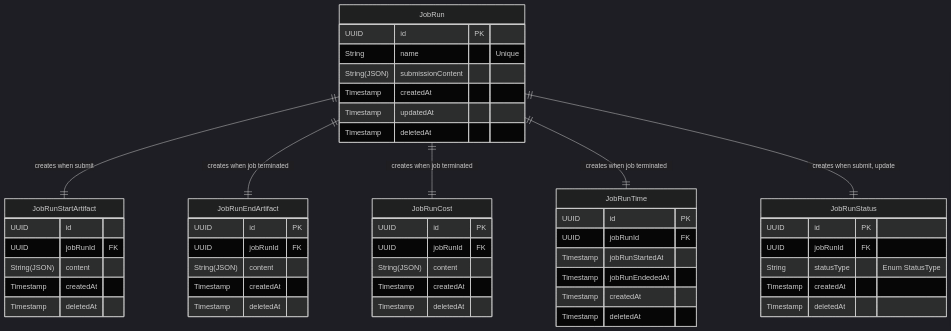
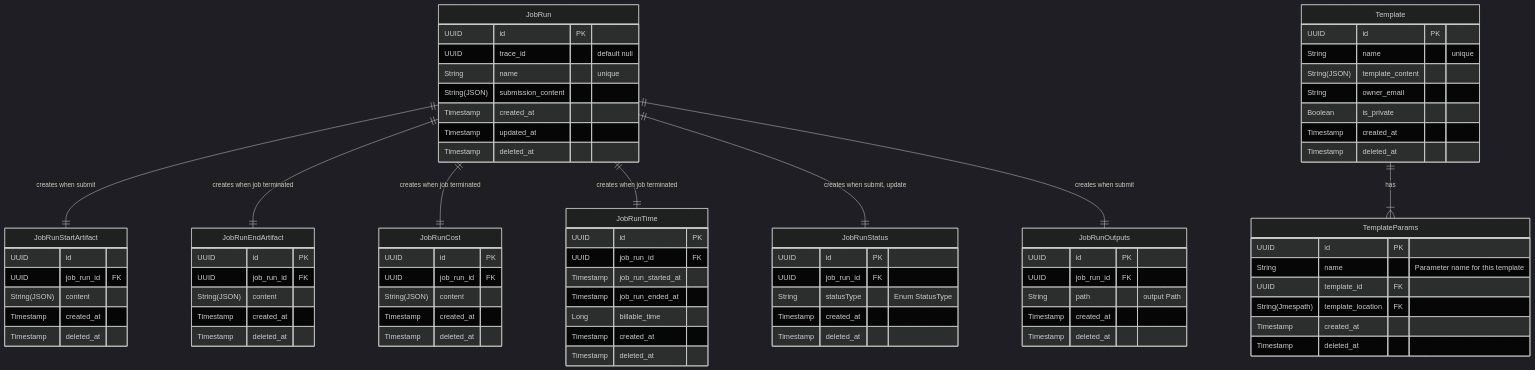
The diagram in Ideaboard/WhoopDS-v3 ERD.md (orriduck/limbo), drawn with Mermaid (dark theme) before and after one commit.

Commit message:
vault backup: 2024-05-14 21:08:54

````diff
--- a/Ideaboard/WhoopDS-v3 ERD.md
+++ b/Ideaboard/WhoopDS-v3 ERD.md
@@ -2,52 +2,82 @@
 erDiagram
 JobRun {
 	UUID id PK
-	String name "Unique"
-	String(JSON) submissionContent
-	Timestamp createdAt
-	Timestamp updatedAt
-	Timestamp deletedAt
+	UUID trace_id "default null"
+	String name "unique"
+	String(JSON) submission_content
+	Timestamp created_at
+	Timestamp updated_at
+	Timestamp deleted_at
 }
 
 JobRunStartArtifact {
 	UUID id
-	UUID jobRunId FK
+	UUID job_run_id FK
 	String(JSON) content
-	Timestamp createdAt
-	Timestamp deletedAt
+	Timestamp created_at
+	Timestamp deleted_at
 }
 
 JobRunEndArtifact {
 	UUID id PK
-	UUID jobRunId FK
+	UUID job_run_id FK
 	String(JSON) content
-	Timestamp createdAt
-	Timestamp deletedAt
+	Timestamp created_at
+	Timestamp deleted_at
+}
+
+JobRunOutputs {
+	UUID id PK
+	UUID job_run_id FK
+	String path "output Path"
+	Timestamp created_at
+	Timestamp deleted_at
 }
 
 JobRunTime {
 	UUID id PK
-	UUID jobRunId FK
-	Timestamp jobRunStartedAt
-	Timestamp jobRunEndededAt
-	Timestamp createdAt
-	Timestamp deletedAt
+	UUID job_run_id FK
+	Timestamp job_run_started_at
+	Timestamp job_run_ended_at
+	Long billable_time
+	Timestamp created_at
+	Timestamp deleted_at
 }
 
 JobRunCost {
 	UUID id PK
-	UUID jobRunId FK
+	UUID job_run_id FK
 	String(JSON) content
-	Timestamp createdAt
-	Timestamp deletedAt
+	Timestamp created_at
+	Timestamp deleted_at
 }
 
 JobRunStatus {
 	UUID id PK
-	UUID jobRunId FK
+	UUID job_run_id FK
 	String statusType "Enum StatusType"
-	Timestamp createdAt
-	Timestamp deletedAt
+	Timestamp created_at
+	Timestamp deleted_at
+}
+
+Template {
+	UUID id PK
+	String name "unique"
+	String(JSON) template_content
+	String owner_email
+	Boolean is_private
+	Timestamp created_at
+	Timestamp deleted_at
+}
+
+TemplateParams {
+	UUID id PK
+	String name "Parameter name for this template"
+	UUID template_id FK
+	String(Jmespath) template_location FK
+	
+	Timestamp created_at
+	Timestamp deleted_at
 }
 
 JobRun ||--|| JobRunStartArtifact : "creates when submit"
@@ -55,4 +85,6 @@
 JobRun ||--|| JobRunCost : "creates when job terminated"
 JobRun ||--|| JobRunTime : "creates when job terminated"
 JobRun ||--|| JobRunStatus : "creates when submit, update"
+JobRun ||--|| JobRunOutputs : "creates when submit"
+Template ||--|{ TemplateParams: "has"
 ```
````
